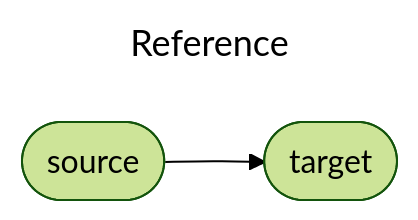
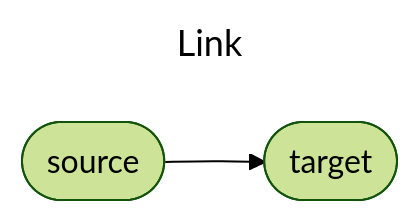
The second of 22 diagrams in proofs/AdmissibilityGraph/README.md (stepchowfun/proofs), drawn with Mermaid (forest theme) before and after one commit. The commit also changed other lines of this file and 3 other files, not shown here.

Commit message:
Wordsmith the admissibility graph README

````diff
--- a/proofs/AdmissibilityGraph/README.md
+++ b/proofs/AdmissibilityGraph/README.md
@@ -44,10 +44,10 @@
   ```mermaid
   ---
-  title: Reference
+  title: Link
   ---
   flowchart LR
     source([source])
     target([target])
 
     source --> target
   ```
````
